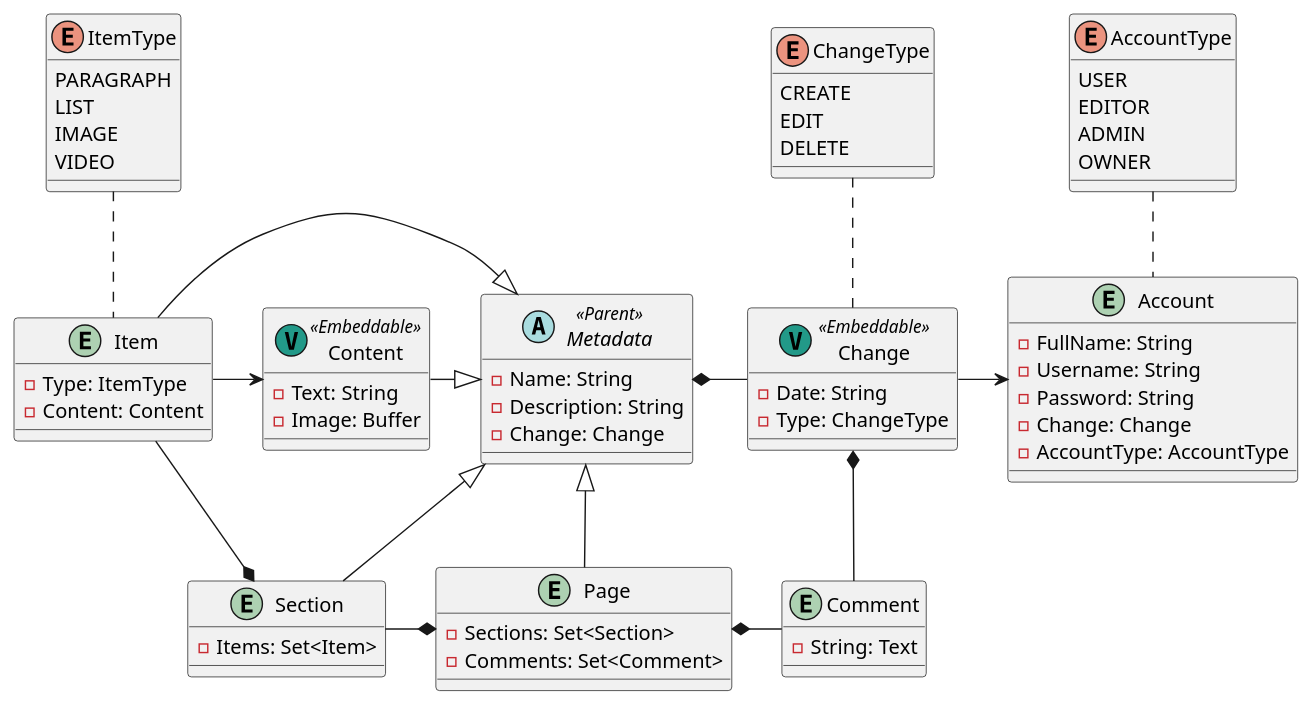
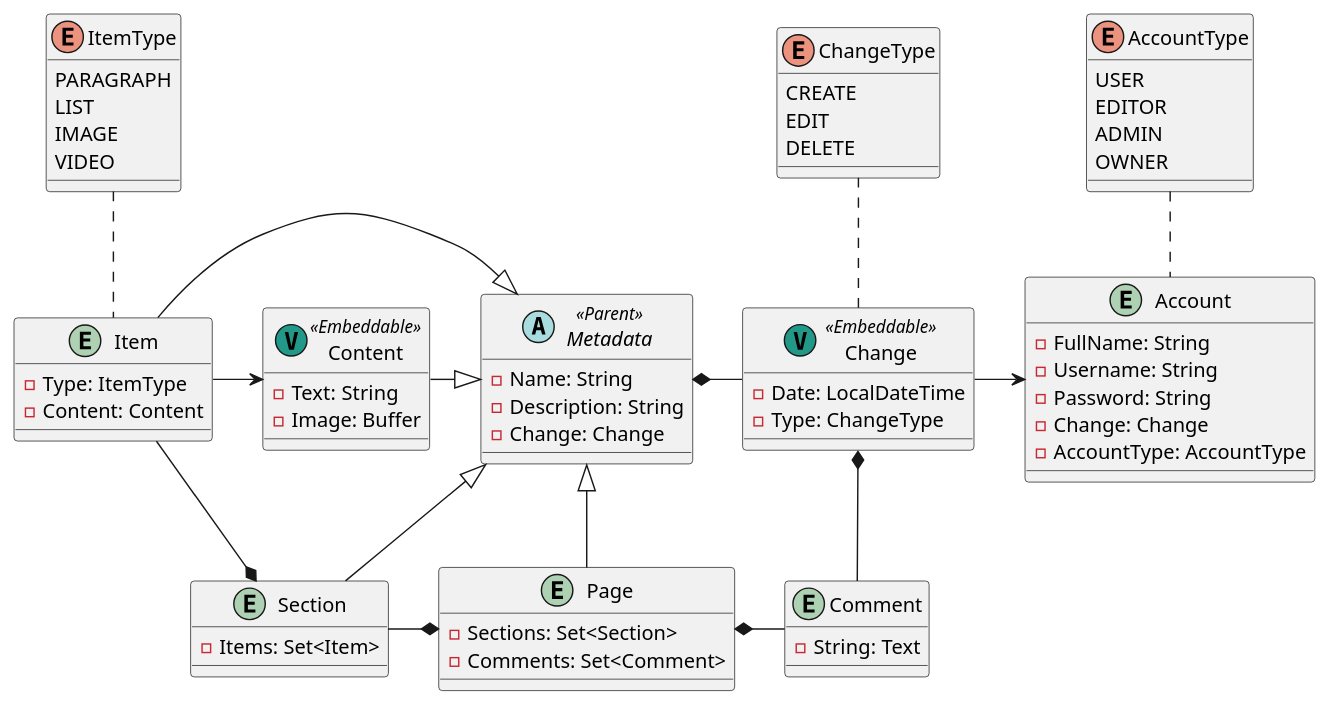
The diagram in src/main/plantuml/5. Main - Production.puml (LouisFerro/HFW-HighlyFunctionalWiki), drawn with PlantUML before and after one commit.

Commit message:
Date type adaptation.

```diff
--- a/src/main/plantuml/5. Main - Production.puml
+++ b/src/main/plantuml/5. Main - Production.puml
@@ -1,98 +1,98 @@
 @startuml
 'https://plantuml.com/class-diagram'
 
 abstract class Metadata <<Parent>>
 {
     - Name: String
     - Description: String
     - Change: Change
 }
 
 entity Page
 {
     - Sections: Set<Section>
     - Comments: Set<Comment>
 }
 
 entity Section
 {
     - Items: Set<Item>
 }
 
 entity Item
 {
     - Type: ItemType
     - Content: Content
 }
 
 enum ItemType
 {
     PARAGRAPH
     LIST
     IMAGE
     VIDEO
 }
 
 entity Content <<(V, #229988)Embeddable>>
 {
     - Text: String
     - Image: Buffer
 }
 
 entity Comment
 {
     - String: Text
 }
 
 entity Account
 {
     - FullName: String
     - Username: String
     - Password: String
     - Change: Change
     - AccountType: AccountType
 }
 
 enum AccountType
 {
     USER
     EDITOR
     ADMIN
     OWNER
 }
 
 entity Change <<(V, #229988)Embeddable>>
 {
-    - Date: String
+    - Date: LocalDateTime
     - Type: ChangeType
 }
 
 enum ChangeType
 {
     CREATE
     EDIT
     DELETE
 }
 
 Page -up-|> Metadata
 
 Section -up-|> Metadata
 Section -right-* Page
 
 Item -right-|> Metadata
 Item -down-* Section
 Item -right-> Content
 Item .up. ItemType
 
 Content -right-|> Metadata
 
 Comment -up-* Change
 Comment -left-* Page
 
 Change -left-* Metadata
 Change -right-> Account
 Change .up. ChangeType
 
 Account .up. AccountType
 
 @enduml
```
